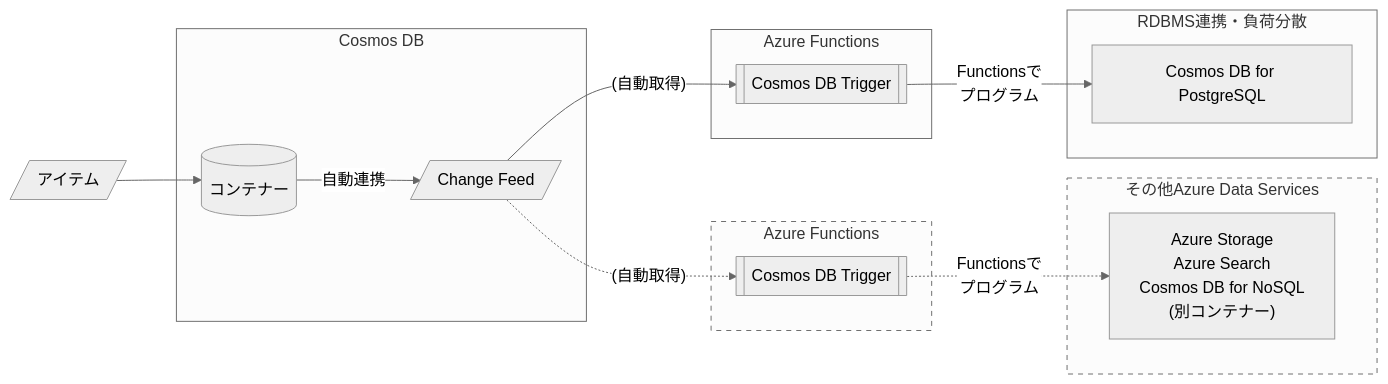
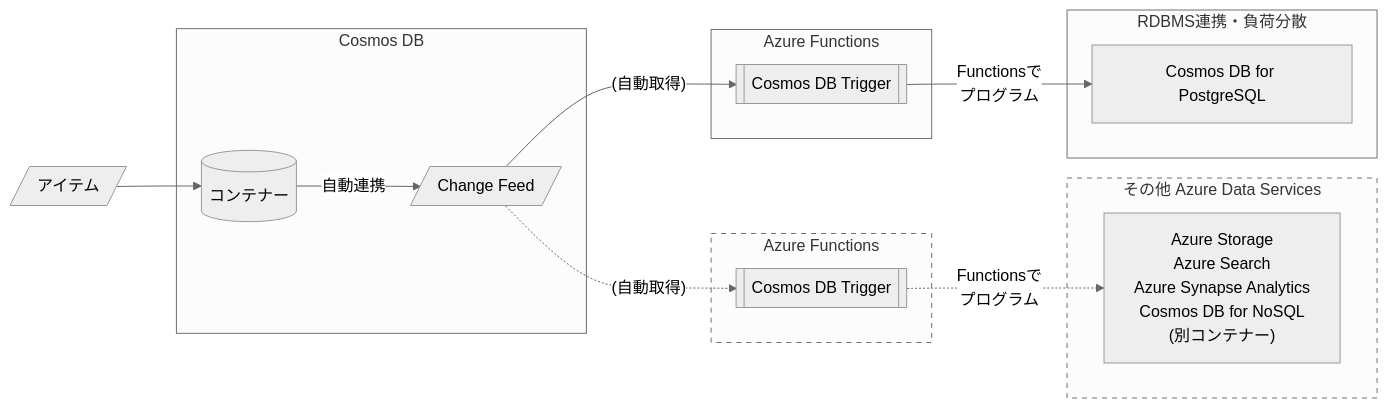
One commit to tahayaka-microsoft/CosmosDB-ChangeFeed-Functions changed the third of 5 diagrams in 00_CosmosDB_Essential.md. Above: the diagram before and after it, drawn with Mermaid (neutral theme).

````diff
--- a/00_CosmosDB_Essential.md
+++ b/00_CosmosDB_Essential.md
@@ -378,33 +378,34 @@
 ```mermaid
 graph LR
     1[/"アイテム"/]
     1-->A
     subgraph Cosmos DB
         A[(コンテナー)]
         D[/Change Feed/]
         A--自動連携-->D 
     end
     subgraph af1[Azure Functions]
         B[["Cosmos DB Trigger"]] 
     end
     subgraph af2[Azure Functions]
         F[["Cosmos DB Trigger"]] 
     end
-    subgraph ss2[その他Azure Data Services ]
+    subgraph ss2["その他 Azure Data Services"]
         E["Azure Storage
         Azure Search
+        Azure Synapse Analytics
         Cosmos DB for NoSQL
         (別コンテナー)"] 
     end
-    subgraph ss1[RDBMS連携・負荷分散]
+    subgraph ss1["RDBMS連携・負荷分散"]
         C["Cosmos DB for PostgreSQL"] 
     end
     D --"(自動取得)"--> B
     D -."(自動取得)".-> F
     B --"Functionsで
     プログラム"--> C
     F -."Functionsで
     プログラム".-> E
     style af2 stroke-dasharray: 5 5
     style ss2 stroke-dasharray: 5 5
 ```
````
